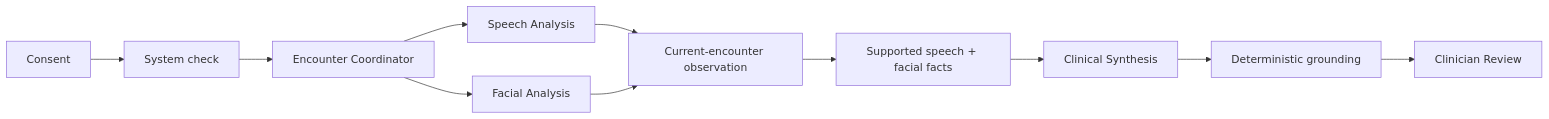
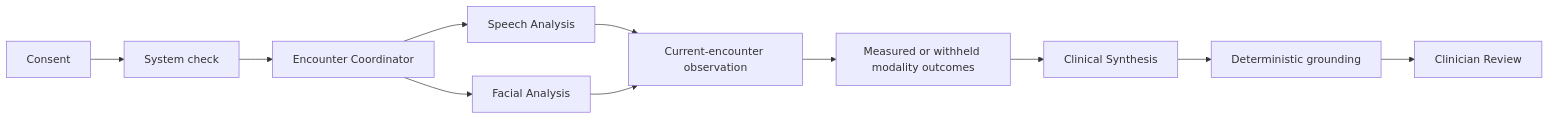
One commit to logannye/neurotrax changed the diagram in README.md. Above: the diagram before and after it, drawn with Mermaid. The commit also changed other lines of this file and 25 other files, not shown here.

````diff
--- a/README.md
+++ b/README.md
@@ -111,13 +117,13 @@
 ```mermaid
 flowchart LR
     CONSENT["Consent"] --> CHECK["System check"]
     CHECK --> COORDINATOR["Encounter Coordinator"]
     COORDINATOR --> SPEECH["Speech Analysis"]
     COORDINATOR --> FACE["Facial Analysis"]
     SPEECH --> OBSERVATION["Current-encounter observation"]
     FACE --> OBSERVATION
-    OBSERVATION --> FACTS["Supported speech + facial facts"]
+    OBSERVATION --> FACTS["Measured or withheld modality outcomes"]
     FACTS --> SYNTHESIS["Clinical Synthesis"]
     SYNTHESIS --> GROUNDING["Deterministic grounding"]
     GROUNDING --> REVIEW["Clinician Review"]
 ```
````
